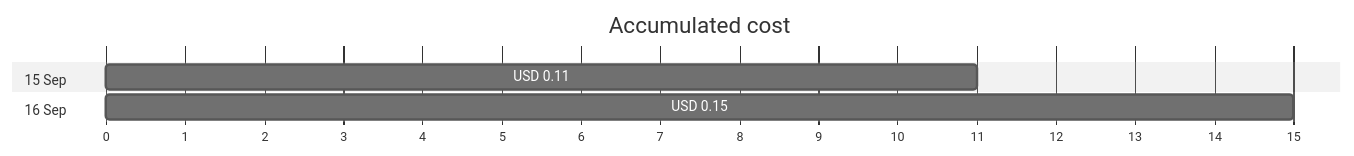
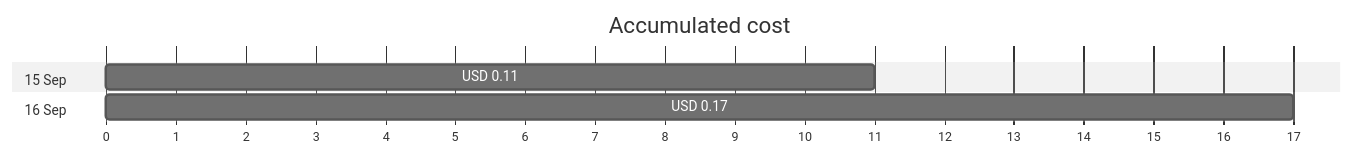
Before and after one commit to jpfulton/azure-personal-reports: the first of 4 diagrams in cost-reports/personal-network/vpn-server-public-ip.md, drawn with Mermaid (neutral theme). The commit also changed other lines of this file and 16 other files, not shown here.

````diff
--- a/cost-reports/personal-network/vpn-server-public-ip.md
+++ b/cost-reports/personal-network/vpn-server-public-ip.md
@@ -20,10 +20,10 @@
 ```mermaid
 gantt
    title Accumulated cost
    dateFormat  X
    axisFormat %s
    section 15 Sep
    USD 0.11 :0, 11
    section 16 Sep
-   USD 0.15 :0, 15
+   USD 0.17 :0, 17
 ```
````
